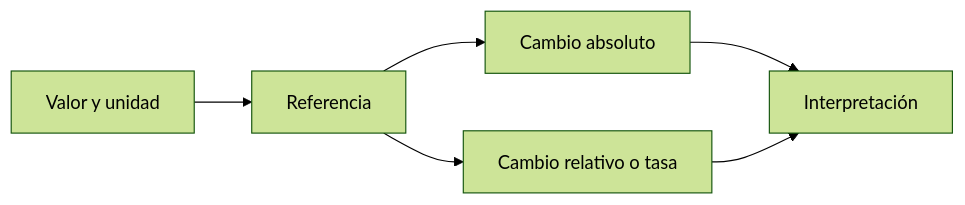
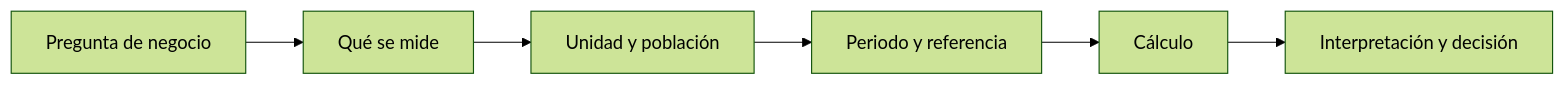
Before and after one commit to Ayhur/CursoAnalista: the diagram in curso/03-matematicas-aplicadas/lecciones/01-magnitudes-porcentajes-y-tasas.md, drawn with Mermaid (forest theme). The commit also changed other lines of this file and 17 other files, not shown here.

````diff
--- a/curso/03-matematicas-aplicadas/lecciones/01-magnitudes-porcentajes-y-tasas.md
+++ b/curso/03-matematicas-aplicadas/lecciones/01-magnitudes-porcentajes-y-tasas.md
@@ -15,8 +20,8 @@
 ```mermaid
 flowchart LR
-  A[Valor y unidad] --> B[Referencia]
-  B --> C[Cambio absoluto]
-  B --> D[Cambio relativo o tasa]
-  C --> E[Interpretación]
-  D --> E
+  A[Pregunta de negocio] --> B[Qué se mide]
+  B --> C[Unidad y población]
+  C --> D[Periodo y referencia]
+  D --> E[Cálculo]
+  E --> F[Interpretación y decisión]
 ```
````
